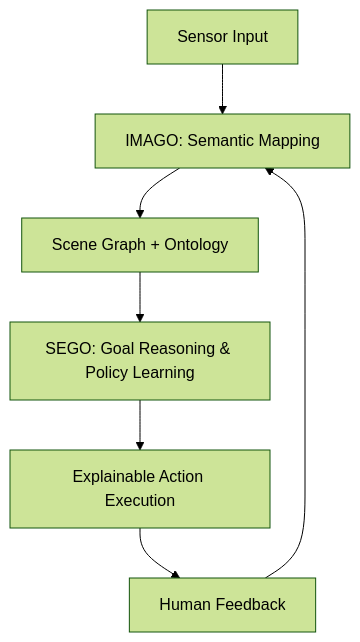
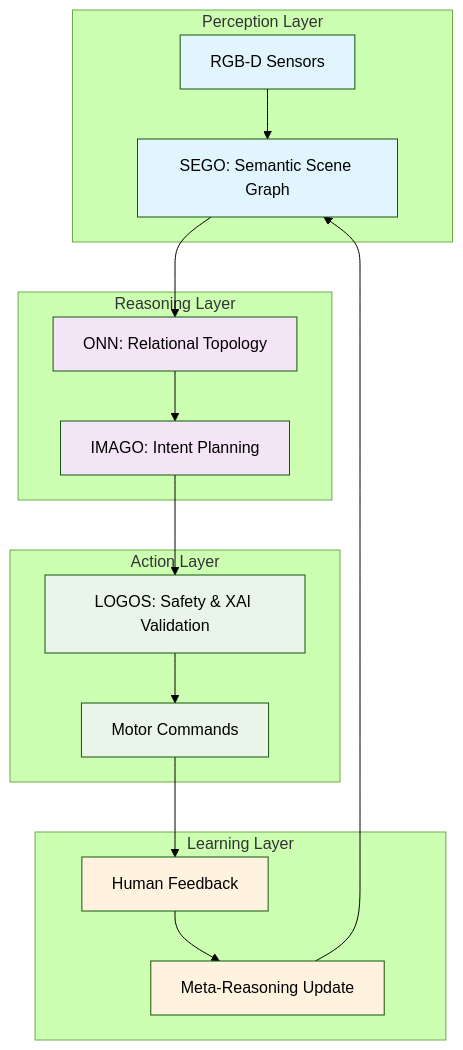
One commit to jack0682/jack0682.github.io changed the diagram in _pages/csa.md. Above: the diagram before and after it, drawn with Mermaid (forest theme). The commit also changed other lines of this file and 26 other files, not shown here.

````diff
--- a/_pages/csa.md
+++ b/_pages/csa.md
@@ -93,11 +161,32 @@
 ```mermaid
-
 graph TD
-A[Sensor Input] --> B[IMAGO: Semantic Mapping]
-B --> C[Scene Graph + Ontology]
-C --> D[SEGO: Goal Reasoning & Policy Learning]
-D --> E[Explainable Action Execution]
-E --> F[Human Feedback]
-F --> B
-
+    subgraph "Perception Layer"
+        A[RGB-D Sensors] --> B[SEGO: Semantic Scene Graph]
+    end
+    
+    subgraph "Reasoning Layer"  
+        B --> C[ONN: Relational Topology]
+        C --> D[IMAGO: Intent Planning]
+    end
+    
+    subgraph "Action Layer"
+        D --> E[LOGOS: Safety & XAI Validation]
+        E --> F[Motor Commands]
+    end
+    
+    subgraph "Learning Layer"
+        F --> G[Human Feedback]
+        G --> H[Meta-Reasoning Update]
+        H --> B
+    end
+    
+    classDef perception fill:#e1f5fe
+    classDef reasoning fill:#f3e5f5  
+    classDef action fill:#e8f5e8
+    classDef learning fill:#fff3e0
+    
+    class A,B perception
+    class C,D reasoning
+    class E,F action
+    class G,H learning
 ```
````
